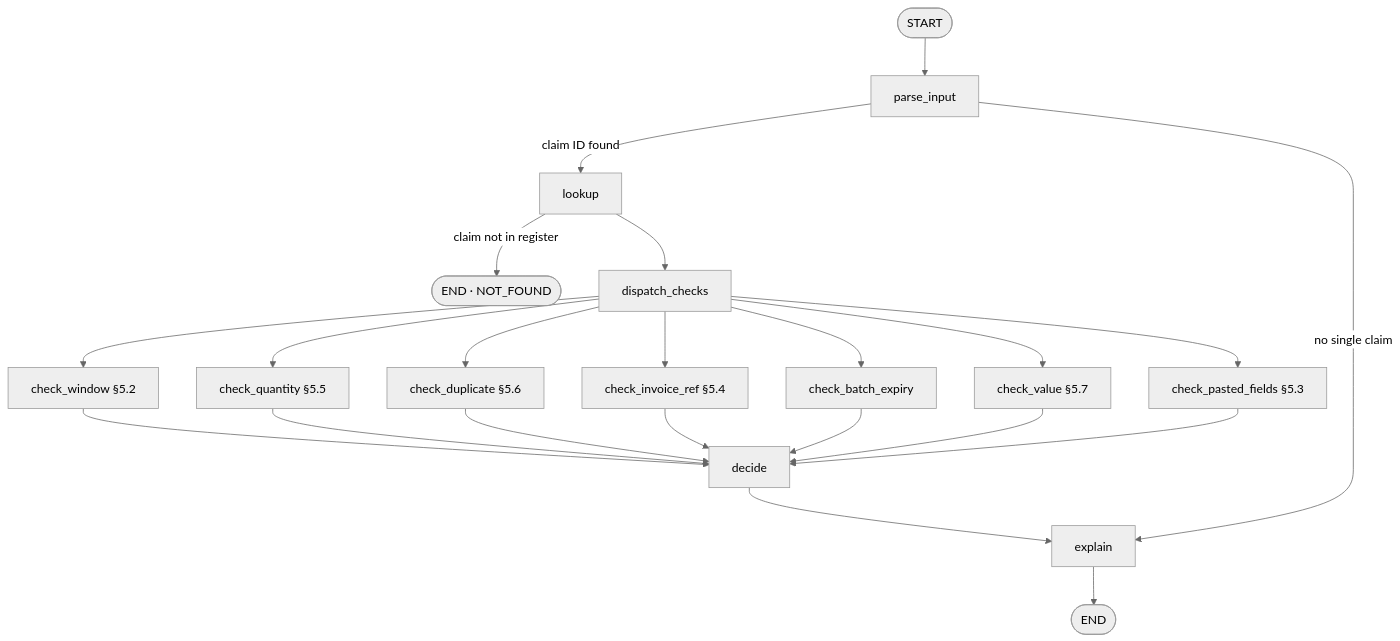
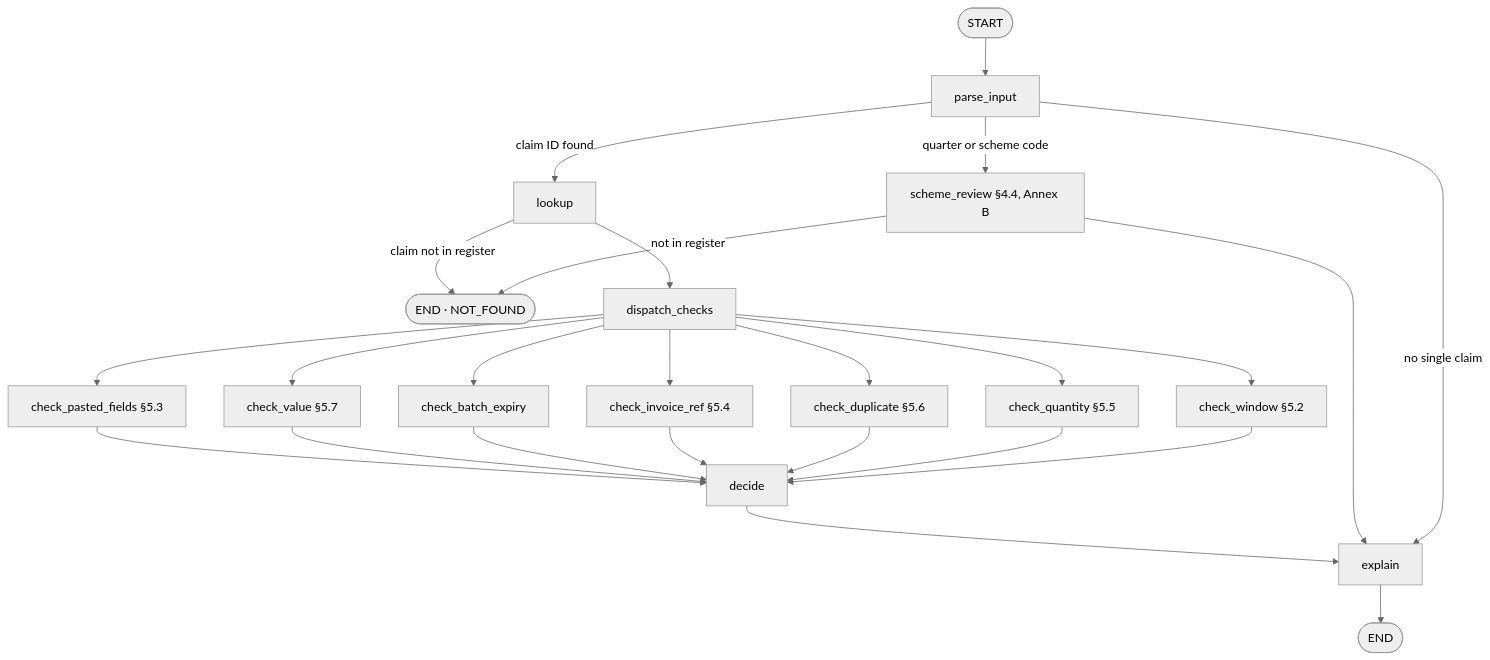
Before and after one commit to palashdange/Project_Pfizer: the diagram in pfizer-channel-engagement_learner-pack/discovery/architecture_note.md, drawn with Mermaid (neutral theme). The commit also changed other lines of this file and 6 other files, not shown here.

First line of the commit message:
Docs: scheme check in architecture, discovery, READMEs, AGENTS, decision log; notes stay at 2 pages

````diff
--- a/pfizer-channel-engagement_learner-pack/discovery/architecture_note.md
+++ b/pfizer-channel-engagement_learner-pack/discovery/architecture_note.md
@@ -11,11 +11,14 @@
 ```mermaid
 flowchart TD
     S([START]) --> P[parse_input]
     P -->|claim ID found| L[lookup]
     P -->|no single claim| E[explain]
+    P -->|quarter or scheme code| SR[scheme_review §4.4, Annex B]
+    SR -->|not in register| X
+    SR --> E
     L -->|claim not in register| X([END · NOT_FOUND])
     L --> D[dispatch_checks]
     D --> C1[check_window §5.2] & C2[check_quantity §5.5] & C3[check_duplicate §5.6] & C4[check_invoice_ref §5.4] & C5[check_batch_expiry] & C6[check_value §5.7] & C7[check_pasted_fields §5.3]
     C1 & C2 & C3 & C4 & C5 & C6 & C7 --> DEC[decide]
     DEC --> E --> Z([END])
 ```
````
